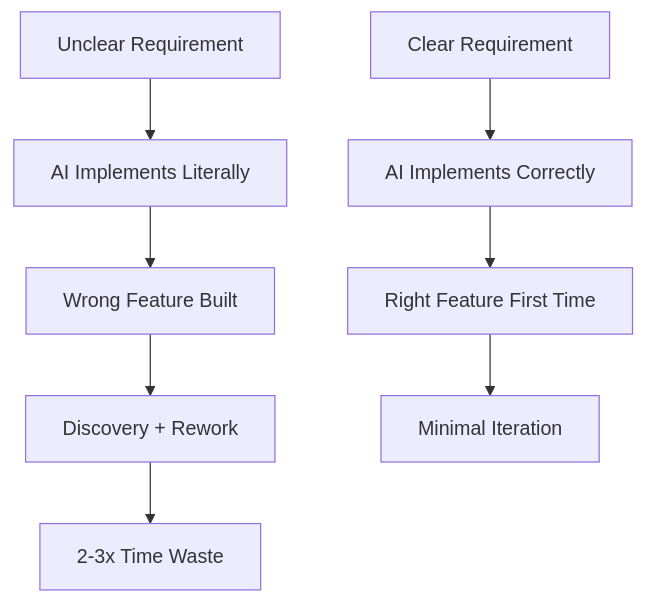
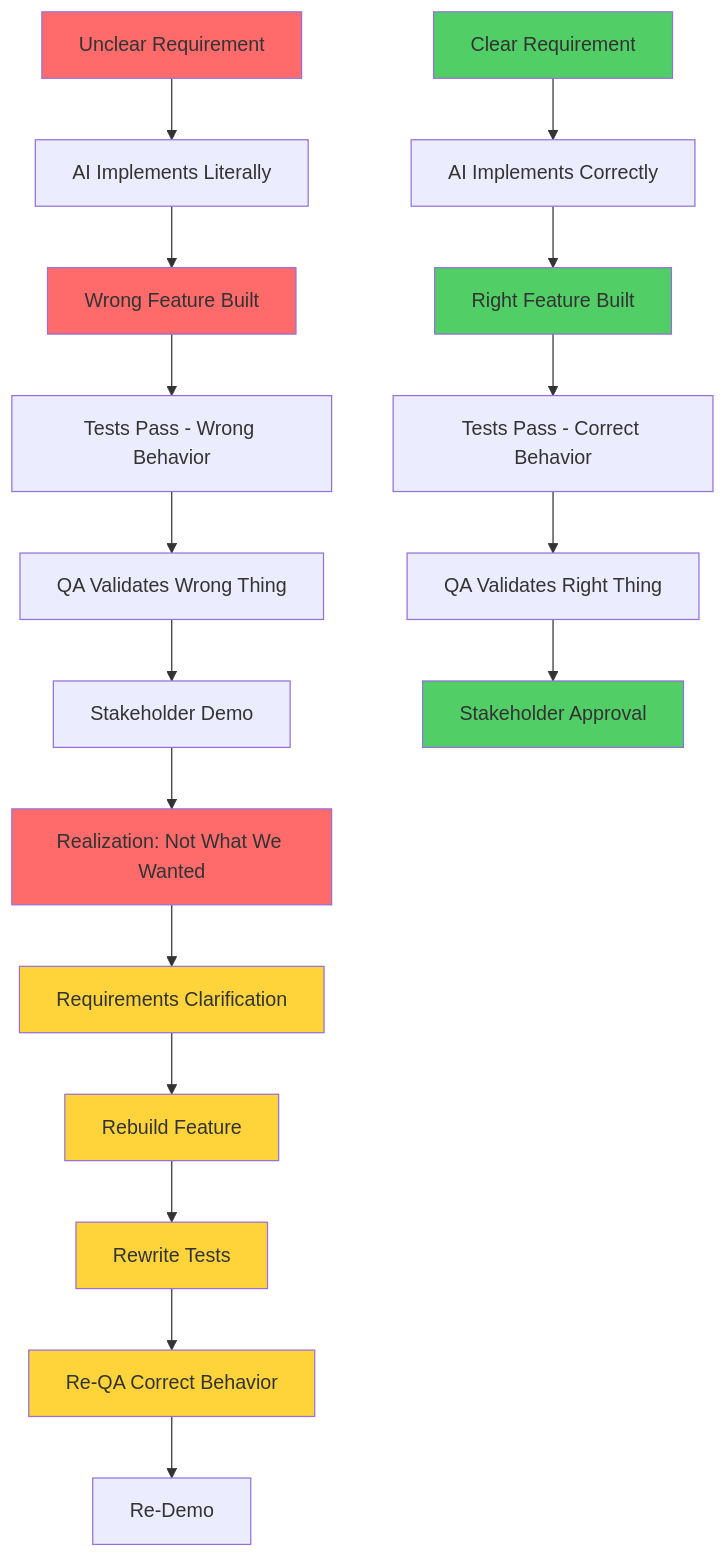
One commit to testaco/agentic-coding-book changed the diagram in book/part1-foundations/05-new-bottlenecks/03-bottleneck-1-requirements-and-business-vision.md. Above: the diagram before and after it, drawn with Mermaid. The commit also changed other lines of this file and 3 other files, not shown here.

````diff
--- a/book/part1-foundations/05-new-bottlenecks/03-bottleneck-1-requirements-and-business-vision.md
+++ b/book/part1-foundations/05-new-bottlenecks/03-bottleneck-1-requirements-and-business-vision.md
@@ -70,11 +128,32 @@
 ```mermaid
 graph TD
     A[Unclear Requirement] --> B[AI Implements Literally]
     B --> C[Wrong Feature Built]
-    C --> D[Discovery + Rework]
-    D --> E[2-3x Time Waste]
+    C --> D[Tests Pass - Wrong Behavior]
+    D --> E[QA Validates Wrong Thing]
+    E --> F[Stakeholder Demo]
+    F --> G[Realization: Not What We Wanted]
+    G --> H[Requirements Clarification]
+    H --> I[Rebuild Feature]
+    I --> J[Rewrite Tests]
+    J --> K[Re-QA Correct Behavior]
+    K --> L[Re-Demo]
 
-    F[Clear Requirement] --> G[AI Implements Correctly]
-    G --> H[Right Feature First Time]
-    H --> I[Minimal Iteration]
+    M[Clear Requirement] --> N[AI Implements Correctly]
+    N --> O[Right Feature Built]
+    O --> P[Tests Pass - Correct Behavior]
+    P --> Q[QA Validates Right Thing]
+    Q --> R[Stakeholder Approval]
+
+    style A fill:#ff6b6b
+    style C fill:#ff6b6b
+    style G fill:#ff6b6b
+    style H fill:#ffd43b
+    style I fill:#ffd43b
+    style J fill:#ffd43b
+    style K fill:#ffd43b
+
+    style M fill:#51cf66
+    style O fill:#51cf66
+    style R fill:#51cf66
 ```
````
